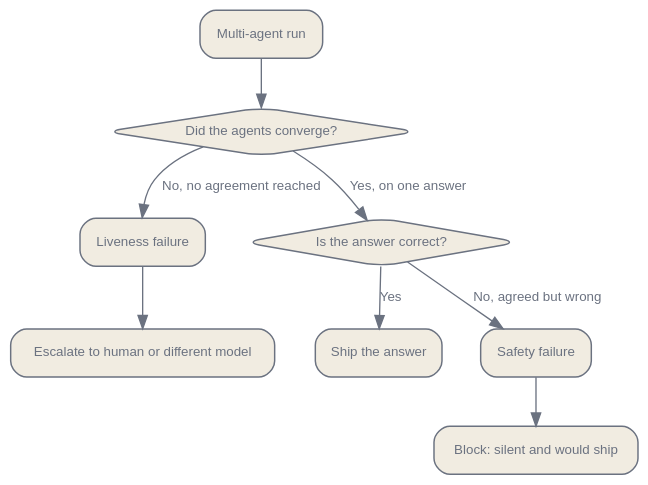
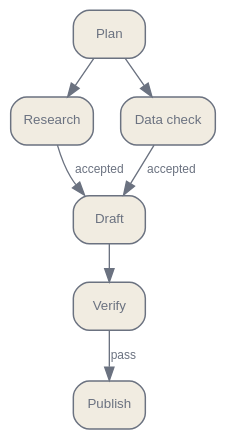
Before and after one commit to latere-ai/ai-as-an-infrastructure: the diagram in en/orchestration/07-multi-agent-systems.qmd, drawn with Graphviz. The commit also changed other lines of this file and 4 other files, not shown here.

Commit message:
docs: rewrite multi-agent coordination contract

````diff
--- a/en/orchestration/07-multi-agent-systems.qmd
+++ b/en/orchestration/07-multi-agent-systems.qmd
@@ -266,26 +114,21 @@
 ```{dot}
-//| label: fig-multi-agent-liveness-safety
-//| fig-cap: "Separating liveness from safety. A liveness failure, where the agents cannot converge, is loud and recoverable, so the system escalates it. A safety failure, where the agents converge on a wrong answer, is silent and ships unless it is blocked. Collapsing both into one accuracy number optimizes the wrong axis."
+//| label: fig-multi-agent-task-graph
+//| fig-cap: "A task graph exposes real parallelism and acceptance boundaries. Research and data checks can run together; drafting joins their accepted artifacts; verification gates publication."
 digraph {
   bgcolor="transparent";
   rankdir=TB;
-  nodesep=0.4; ranksep=0.5;
+  nodesep=0.28; ranksep=0.38;
   node [shape=box, style="rounded,filled", fontname="Helvetica", fontsize=10, color="#6b7280", fontcolor="#6b7280", fillcolor="#f1ece1", penwidth=1.1];
-  edge [fontsize=10, fontname="Helvetica", color="#6b7280", fontcolor="#6b7280"];
-  R [label="Multi-agent run"];
-  Q [label="Did the agents converge?", shape=diamond];
-  L [label="Liveness failure"];
-  S [label="Is the answer correct?", shape=diamond];
-  OK [label="Ship the answer"];
-  F [label="Safety failure"];
-  ESC [label="Escalate to human or different model"];
-  BLK [label="Block: silent and would ship"];
-  R -> Q;
-  Q -> L [label="No, no agreement reached"];
-  Q -> S [label="Yes, on one answer"];
-  S -> OK [label="Yes"];
-  S -> F [label="No, agreed but wrong"];
-  L -> ESC;
-  F -> BLK;
+  edge [fontsize=9, fontname="Helvetica", color="#6b7280", fontcolor="#6b7280"];
+  P [label="Plan"];
+  R [label="Research"];
+  D [label="Data check"];
+  W [label="Draft"];
+  V [label="Verify"];
+  O [label="Publish"];
+  P -> R; P -> D;
+  R -> W [label="accepted"];
+  D -> W [label="accepted"];
+  W -> V; V -> O [label="pass"];
 }
 ```
````
